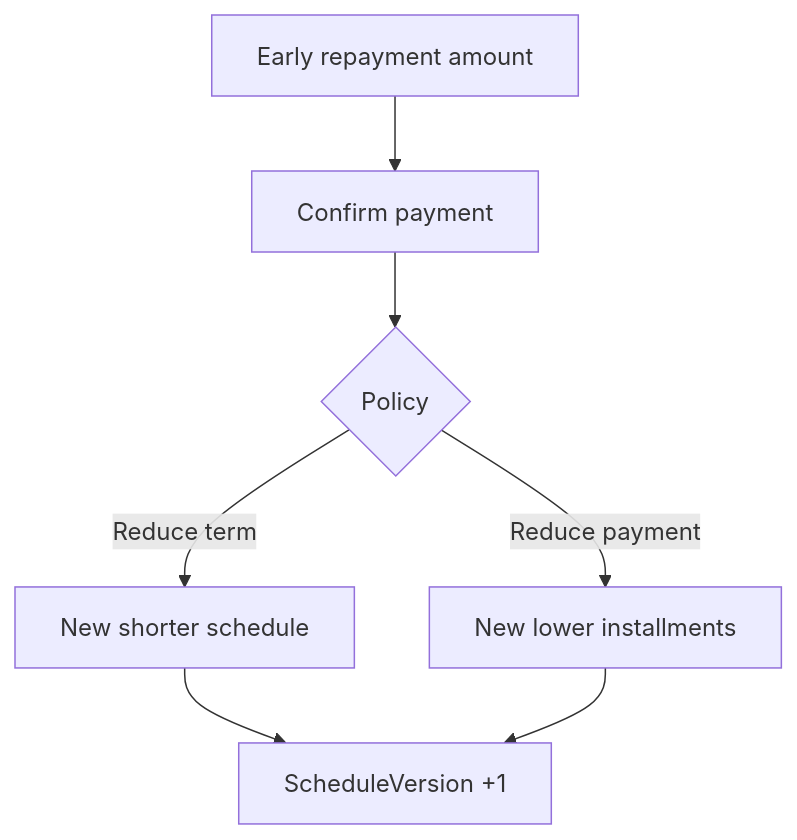
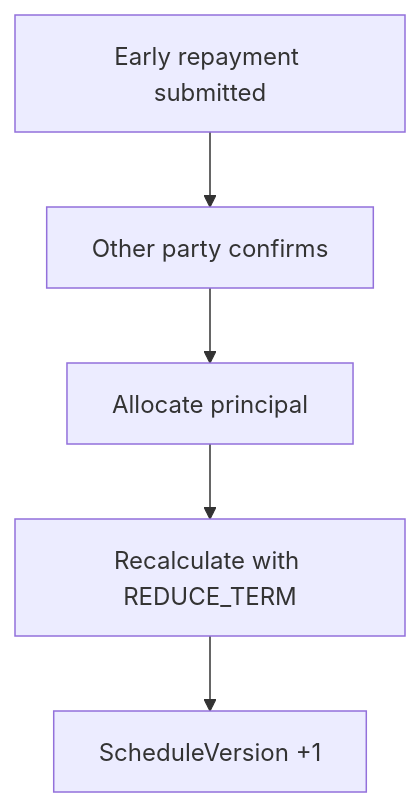
One commit to nurgeldiserikbay/QaryzLinkDocs changed the second of 2 diagrams in docs/01-business/CALCULATION_MODEL.md. Above: the diagram before and after it, drawn with Mermaid. The commit also changed other lines of this file, not shown here.

```diff
--- a/docs/01-business/CALCULATION_MODEL.md
+++ b/docs/01-business/CALCULATION_MODEL.md
@@ -121,9 +74,7 @@
 ~~~mermaid
 flowchart TD
-    A["Early repayment amount"] --> B["Confirm payment"]
-    B --> C{"Policy"}
-    C -->|Reduce term| D["New shorter schedule"]
-    C -->|Reduce payment| E["New lower installments"]
-    D --> F["ScheduleVersion +1"]
-    E --> F
+    A["Early repayment submitted"] --> B["Other party confirms"]
+    B --> C["Allocate principal"]
+    C --> D["Recalculate with REDUCE_TERM"]
+    D --> E["ScheduleVersion +1"]
 ~~~
```
